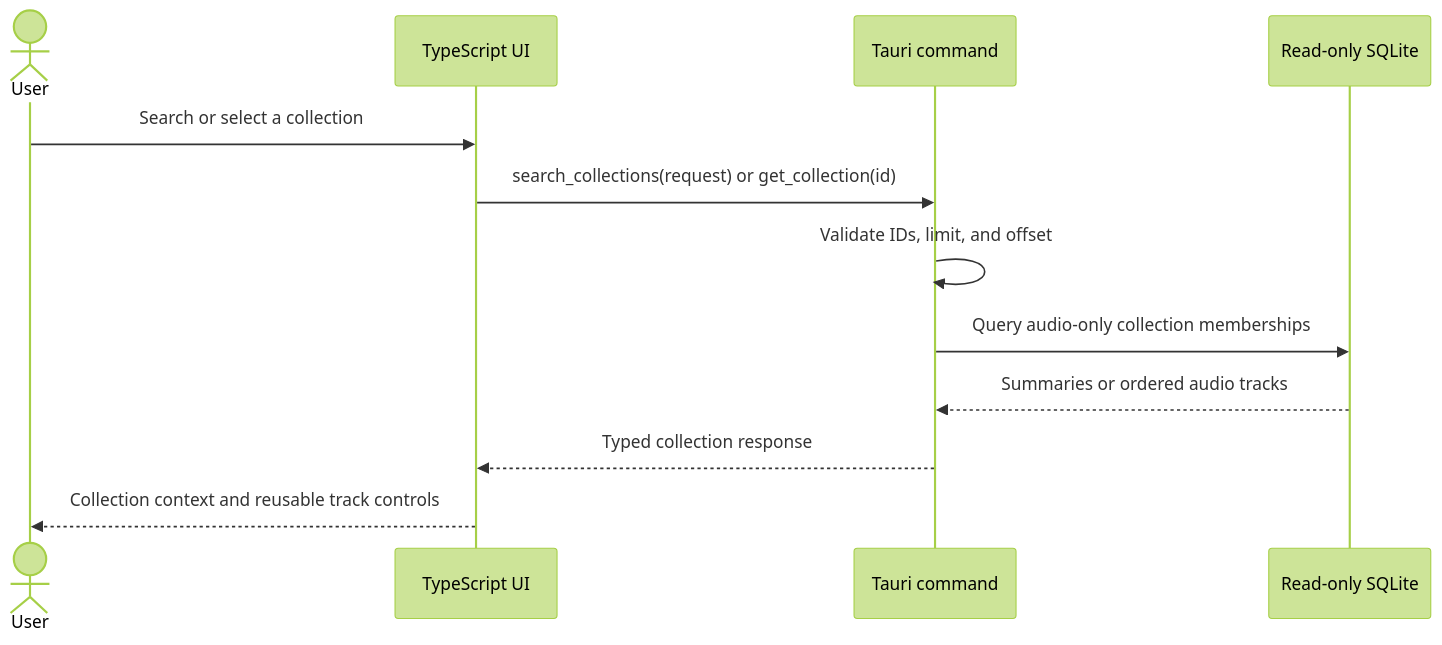
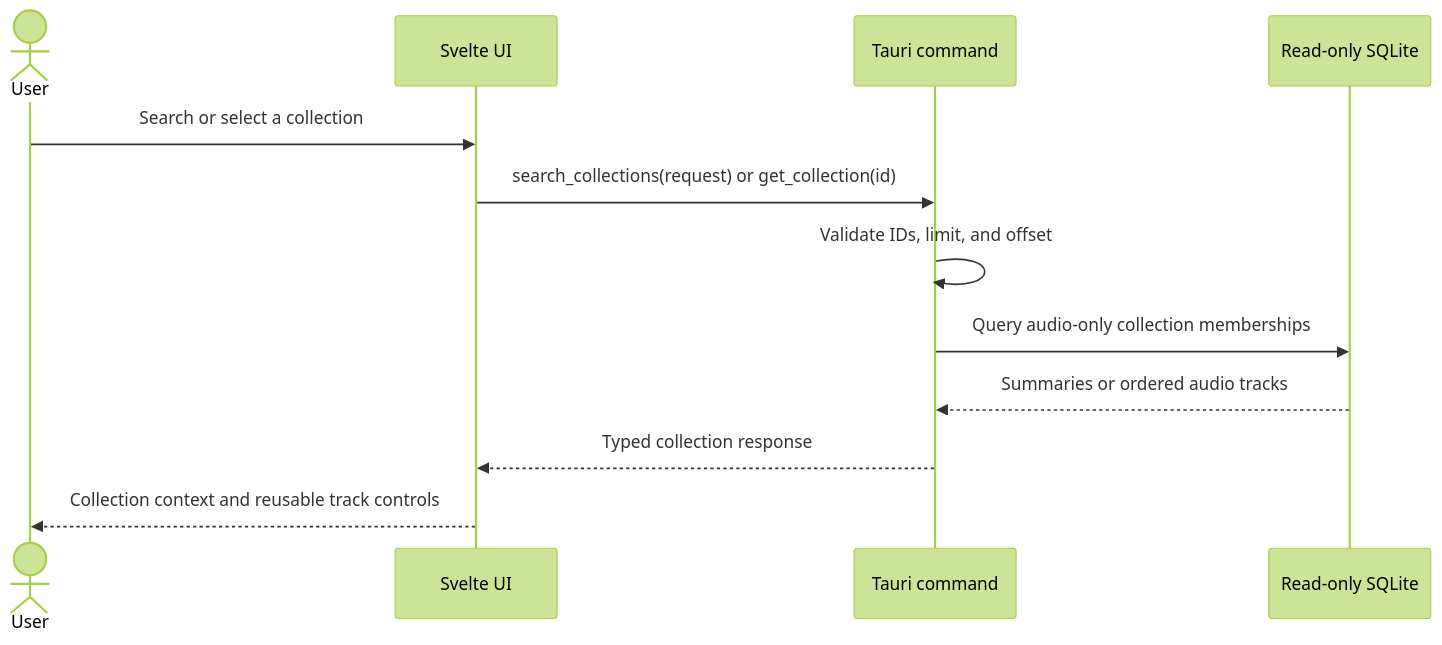
Before and after one commit to AungMyoKyaw/dhamma-echo: the second of 3 diagrams in docs/architecture/data-flow.md, drawn with Mermaid (forest theme). The commit also changed other lines of this file and 8 other files, not shown here.

````diff
--- a/docs/architecture/data-flow.md
+++ b/docs/architecture/data-flow.md
@@ -27,15 +27,15 @@
 ```mermaid
 sequenceDiagram
     actor User
-    participant UI as TypeScript UI
+    participant UI as Svelte UI
     participant IPC as Tauri command
     participant DB as Read-only SQLite
 
     User->>UI: Search or select a collection
     UI->>IPC: search_collections(request) or get_collection(id)
     IPC->>IPC: Validate IDs, limit, and offset
     IPC->>DB: Query audio-only collection memberships
     DB-->>IPC: Summaries or ordered audio tracks
     IPC-->>UI: Typed collection response
     UI-->>User: Collection context and reusable track controls
 ```
````
